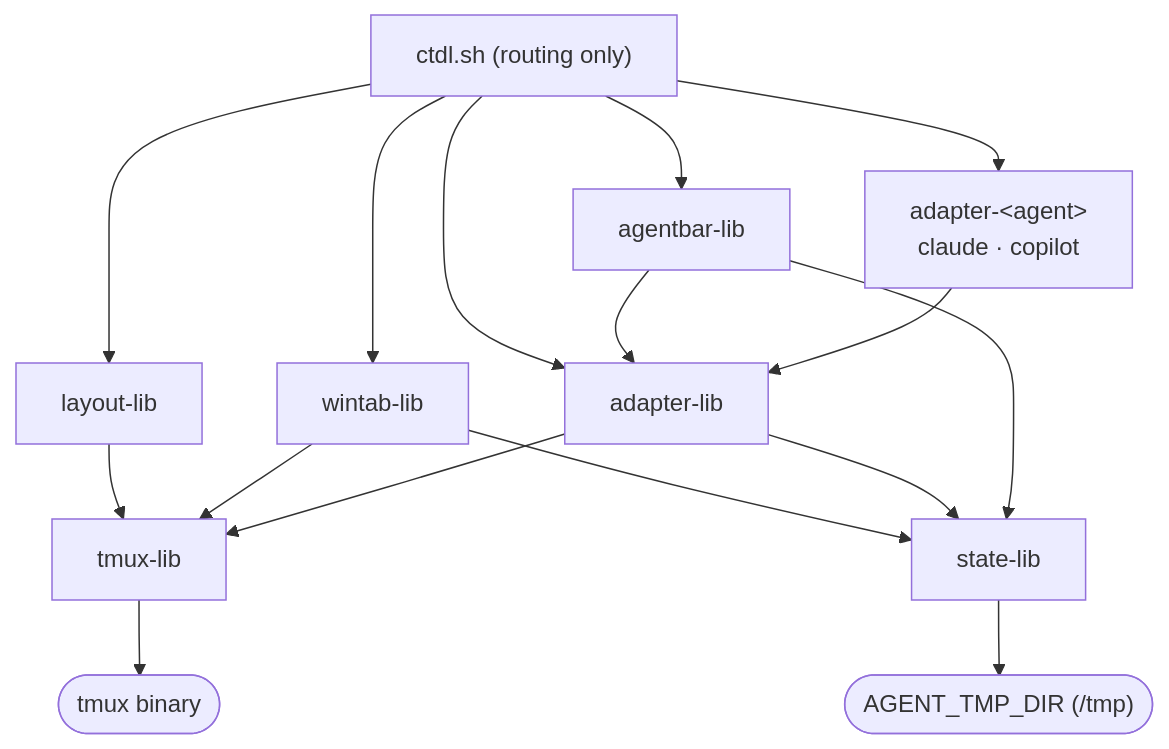
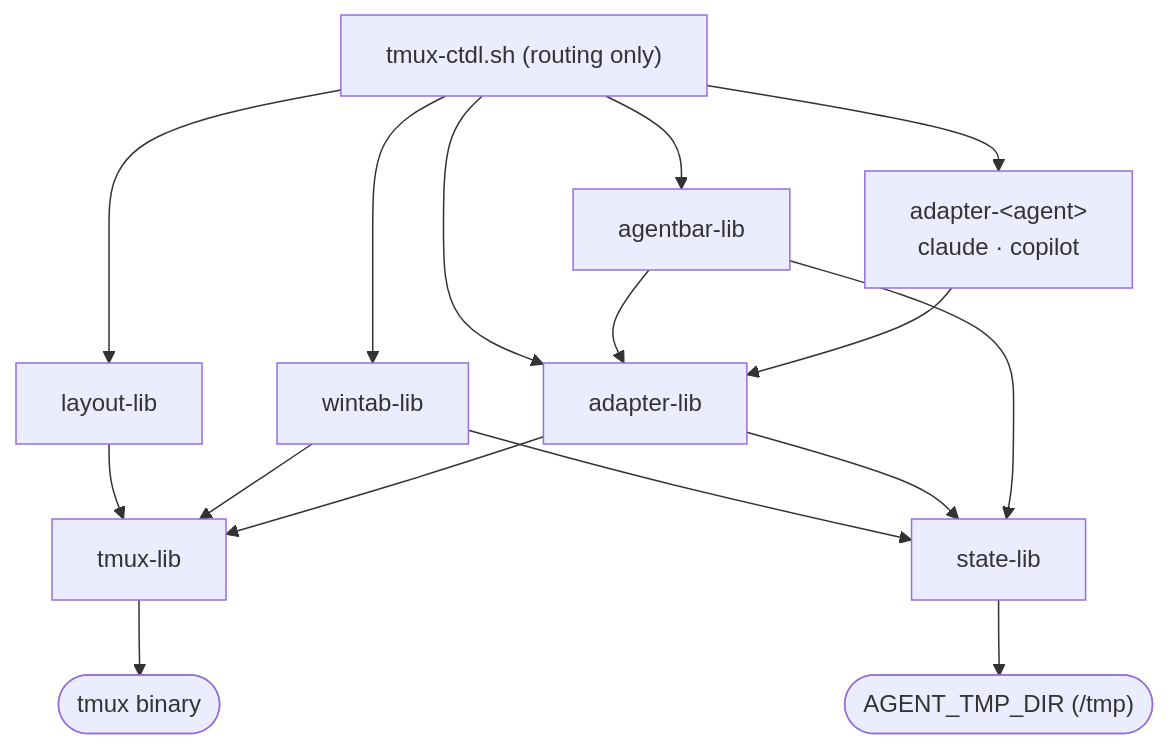
Before and after one commit to marcintk/tmux-ctdl: the first of 2 diagrams in README.md, drawn with Mermaid. The commit also changed other lines of this file and 19 other files, not shown here.

Commit message:
rename ctdl.sh to tmux-ctdl.sh across repo, integrations, tests, docs

````diff
--- a/README.md
+++ b/README.md
@@ -90,23 +90,23 @@
 ```mermaid
 graph TD
-  ctdl["ctdl.sh (routing only)"]
+  ctdl["tmux-ctdl.sh (routing only)"]
   ctdl --> layout["layout-lib"]
   ctdl --> wintab["wintab-lib"]
   ctdl --> agentbar["agentbar-lib"]
   ctdl --> adapter["adapter-lib"]
   ctdl --> agent["adapter-&lt;agent&gt;<br/>claude · copilot"]
 
   agentbar --> adapter
   agent --> adapter
 
   layout --> tmuxlib["tmux-lib"]
   wintab --> tmuxlib
   adapter --> tmuxlib
 
   wintab --> state["state-lib"]
   adapter --> state
   agentbar --> state
 
   tmuxlib --> tmuxbin(["tmux binary"])
   state --> files(["AGENT_TMP_DIR (/tmp)"])
 ```
````
